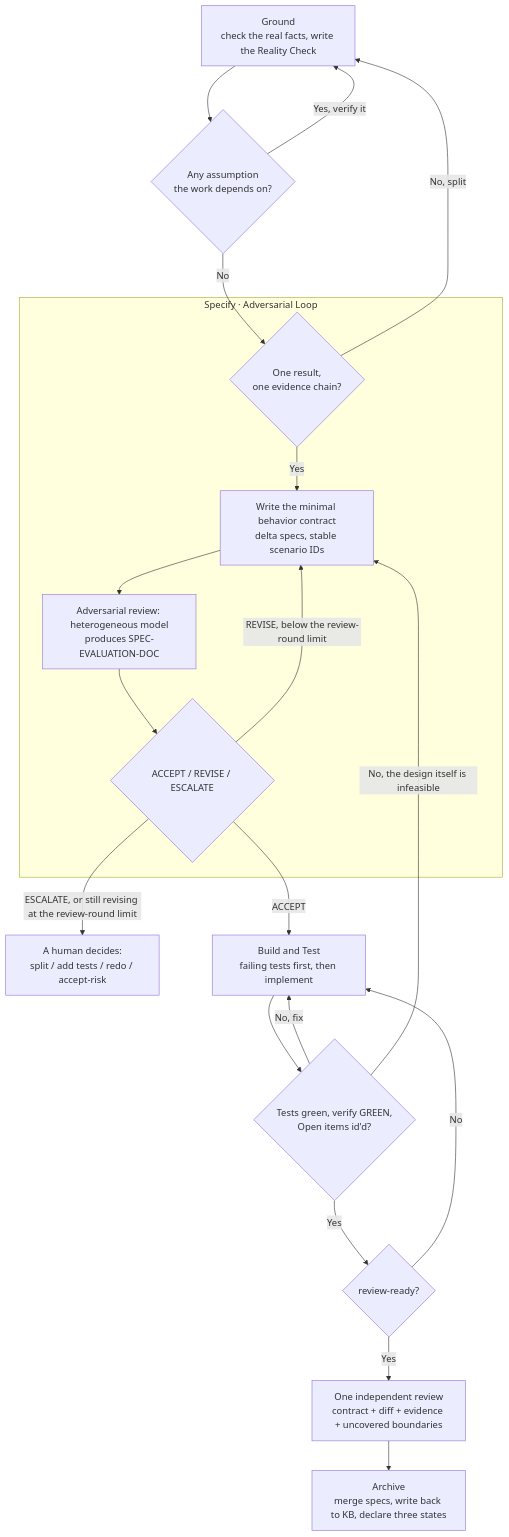
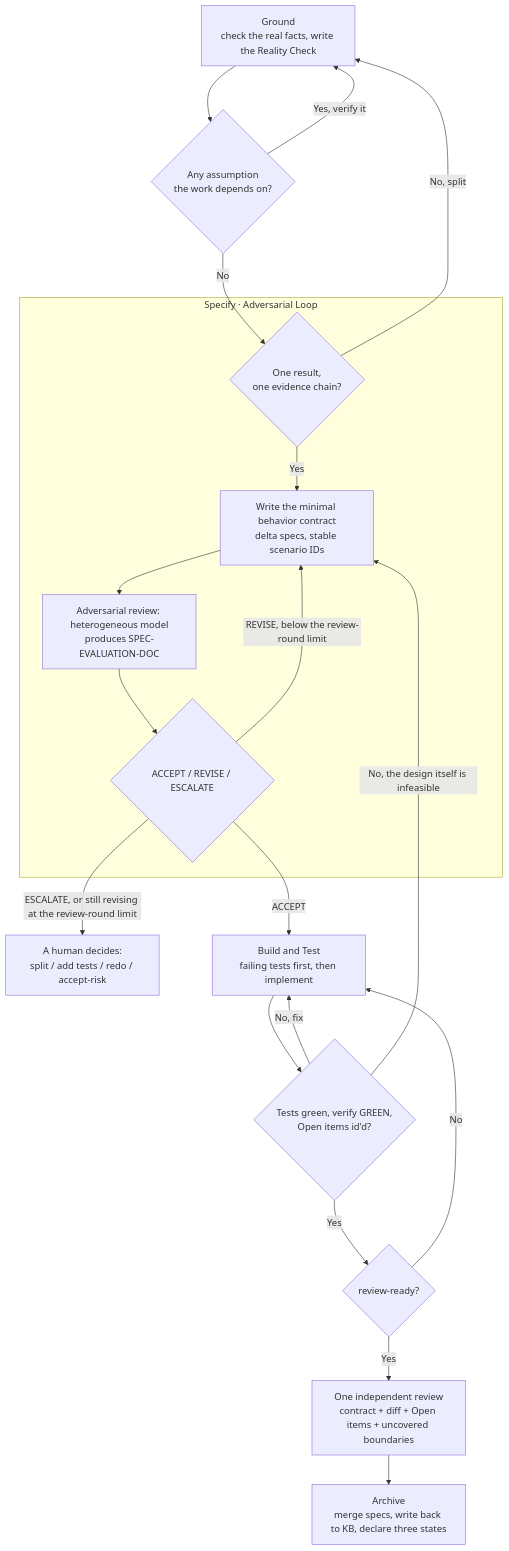
One commit to Apriorhythm/apriori-spec-development changed the diagram in docs/concepts.md. Above: the diagram before and after it, drawn with Mermaid. The commit also changed other lines of this file and 28 other files, not shown here.

````diff
--- a/docs/concepts.md
+++ b/docs/concepts.md
@@ -293,25 +293,25 @@
 ```mermaid
 graph TD
     B[Ground<br/>check the real facts, write the Reality Check]
     B --> B2{Any assumption<br/>the work depends on?}
     B2 -- Yes, verify it --> B
     B2 -- No --> C0{One result,<br/>one evidence chain?}
     C0 -- No, split --> B
 
     subgraph S1[Specify · Adversarial Loop]
         C0 -- Yes --> C[Write the minimal behavior contract<br/>delta specs, stable scenario IDs]
         C --> D[Adversarial review: heterogeneous model<br/>produces SPEC-EVALUATION-DOC]
         D --> D2{ACCEPT / REVISE / ESCALATE}
         D2 -- REVISE, below the review-round limit --> C
     end
 
     D2 -- ESCALATE, or still revising at the review-round limit --> X[A human decides:<br/>split / add tests / redo / accept-risk]
     D2 -- ACCEPT --> H[Build and Test<br/>failing tests first, then implement]
     H --> H2{Tests green, verify GREEN,<br/>Open items id'd?}
     H2 -- No, fix --> H
     H2 -- No, the design itself is infeasible --> C
     H2 -- Yes --> R{review-ready?}
     R -- No --> H
-    R -- Yes --> RV[One independent review<br/>contract + diff + evidence + uncovered boundaries]
+    R -- Yes --> RV[One independent review<br/>contract + diff + Open items + uncovered boundaries]
     RV --> I[Archive<br/>merge specs, write back to KB, declare three states]
 ```
````
